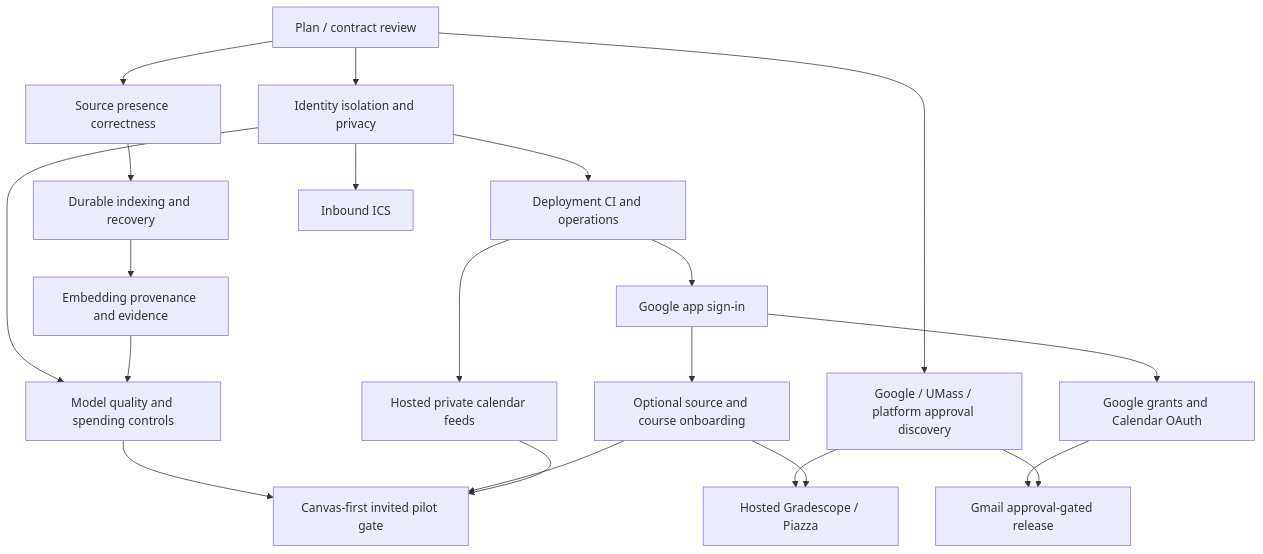
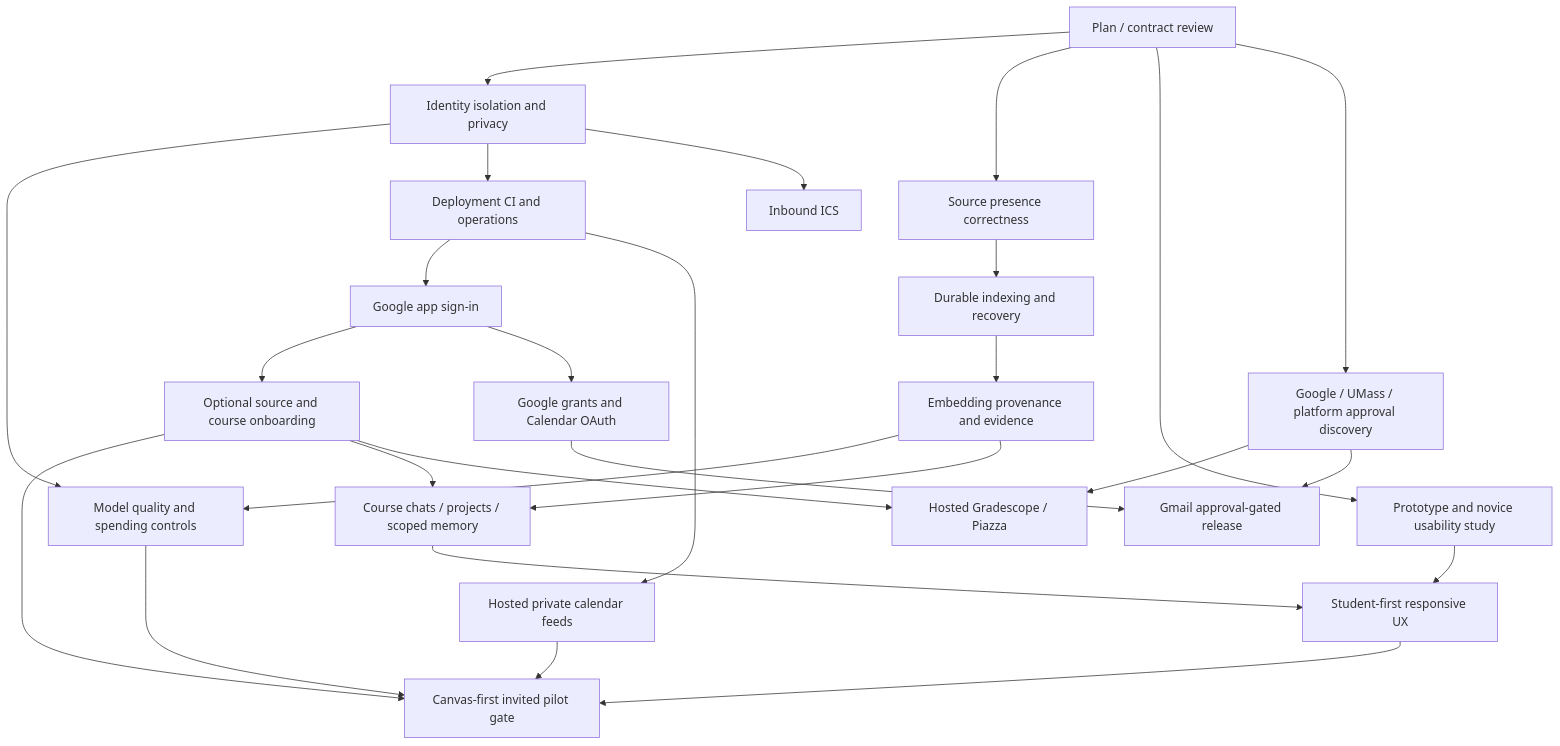
The diagram in docs/post-hackathon/implementation-plan.md (hariumapathy/hackumass-lms-agent), drawn with Mermaid before and after one commit. The commit also changed other lines of this file and 8 other files, not shown here.

Commit message:
docs: plan course-scoped chats and student-first maroon UX

````diff
--- a/docs/post-hackathon/implementation-plan.md
+++ b/docs/post-hackathon/implementation-plan.md
@@ -17,23 +17,29 @@
 ```mermaid
 flowchart TD
   P00[Plan / contract review] --> P01[Identity isolation and privacy]
   P00 --> P02[Source presence correctness]
   P02 --> P03[Durable indexing and recovery]
   P03 --> P04[Embedding provenance and evidence]
   P01 --> P05[Model quality and spending controls]
   P04 --> P05
   P01 --> P06[Deployment CI and operations]
   P06 --> P07[Google app sign-in]
   P07 --> P08[Optional source and course onboarding]
   P06 --> P09[Hosted private calendar feeds]
   P05 --> PILOT[Canvas-first invited pilot gate]
   P08 --> PILOT
   P09 --> PILOT
+  P08 --> P15[Course chats / projects / scoped memory]
+  P04 --> P15
+  P15 --> P16[Student-first responsive UX]
+  P00 --> PROTO[Prototype and novice usability study]
+  PROTO --> P16
+  P16 --> PILOT
   P00 --> EXTERNAL[Google / UMass / platform approval discovery]
   EXTERNAL --> P10[Hosted Gradescope / Piazza]
   P08 --> P10
   P07 --> P11[Google grants and Calendar OAuth]
   P01 --> P12[Inbound ICS]
   P11 --> P13[Gmail approval-gated release]
   EXTERNAL --> P13
 ```
````
